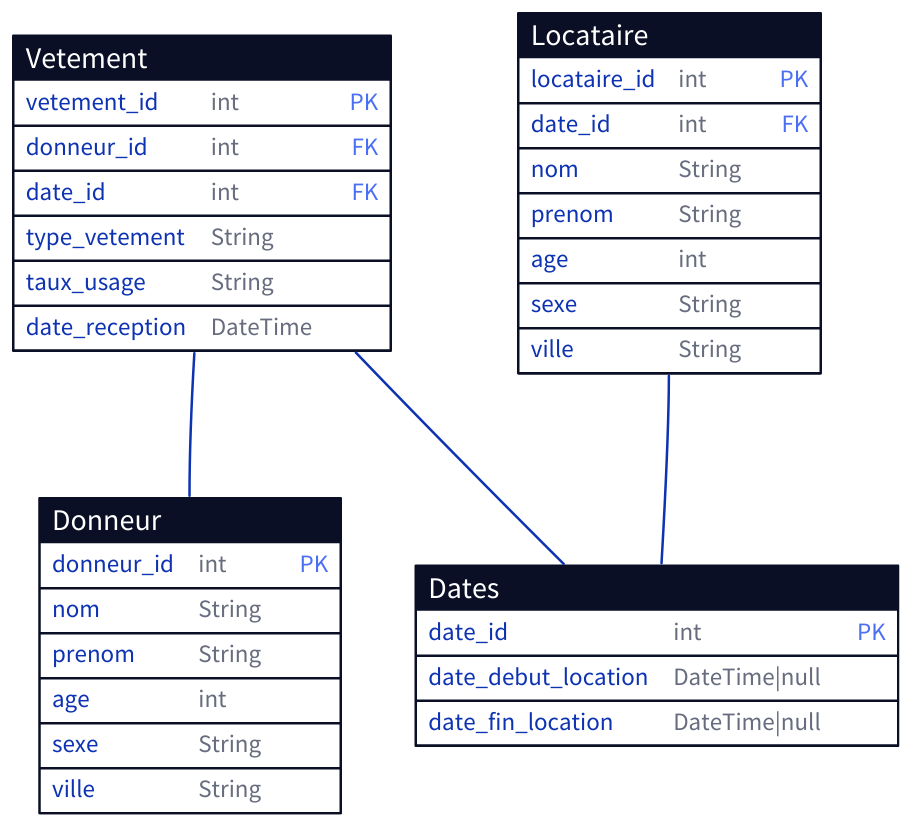
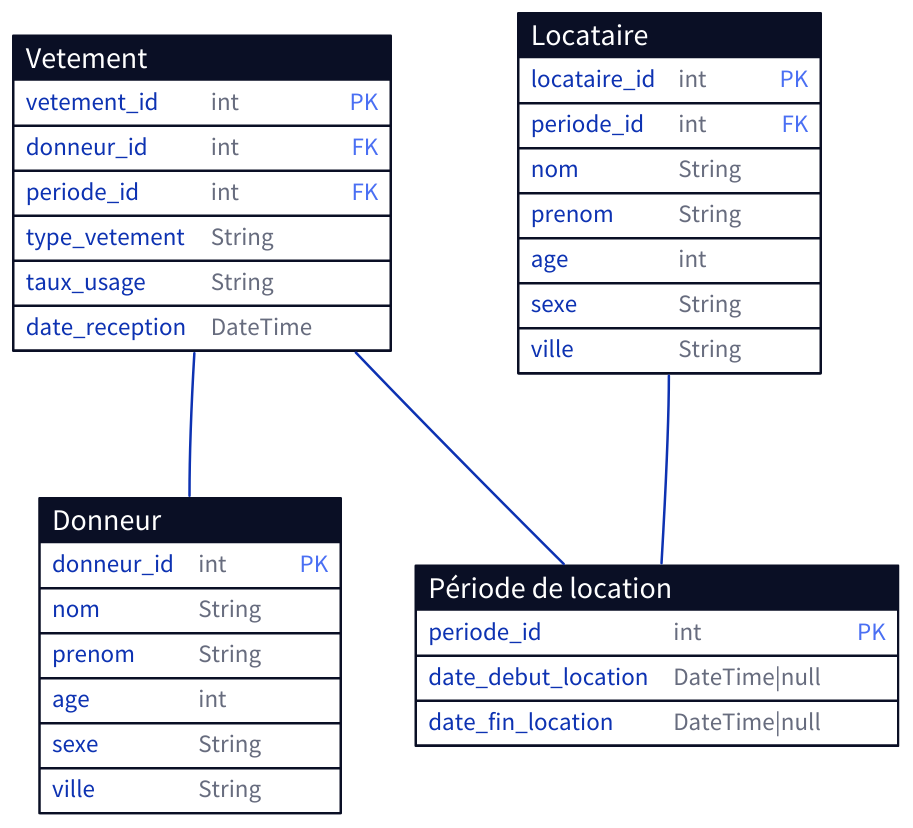
The diagram in location_vetement.d2 (Adidooouuu/inventaire_armoire), drawn with D2 before and after one commit.

Commit message:
Change date to period

```diff
--- a/location_vetement.d2
+++ b/location_vetement.d2
@@ -1,44 +1,44 @@
 # Location vêtements
 
 Vetement: {
   shape: sql_table
   vetement_id: int {constraint: primary_key}
   donneur_id: int {constraint: foreign_key}
-  date_id: int {constraint: foreign_key}
+  periode_id: int {constraint: foreign_key}
   type_vetement: String
   taux_usage: String
   date_reception: DateTime
 }
 
 Donneur: {
   shape: sql_table
   donneur_id: int {constraint: primary_key}
   nom: String
   prenom: String
   age: int
   sexe: String
   ville: String
 }
 
 Locataire: {
   shape: sql_table
   locataire_id: int {constraint: primary_key}
-  date_id: int {constraint: foreign_key}
+  periode_id: int {constraint: foreign_key}
   nom: String
   prenom: String
   age: int
   sexe: String
   ville: String
 }
 
-Dates: {
+Période de location: {
   shape: sql_table
-  date_id: int {constraint: primary_key}
+  periode_id: int {constraint: primary_key}
   date_debut_location: DateTime|null
   date_fin_location: DateTime|null
 }
 
 Vetement.donneur_id -- Donneur.donneur_id
 
-Vetement.date_id -- Dates.date_id
-Locataire.date_id -- Dates.date_id
+Vetement.periode_id -- Période de location.periode_id
+Locataire.periode_id -- Période de location.periode_id
```
